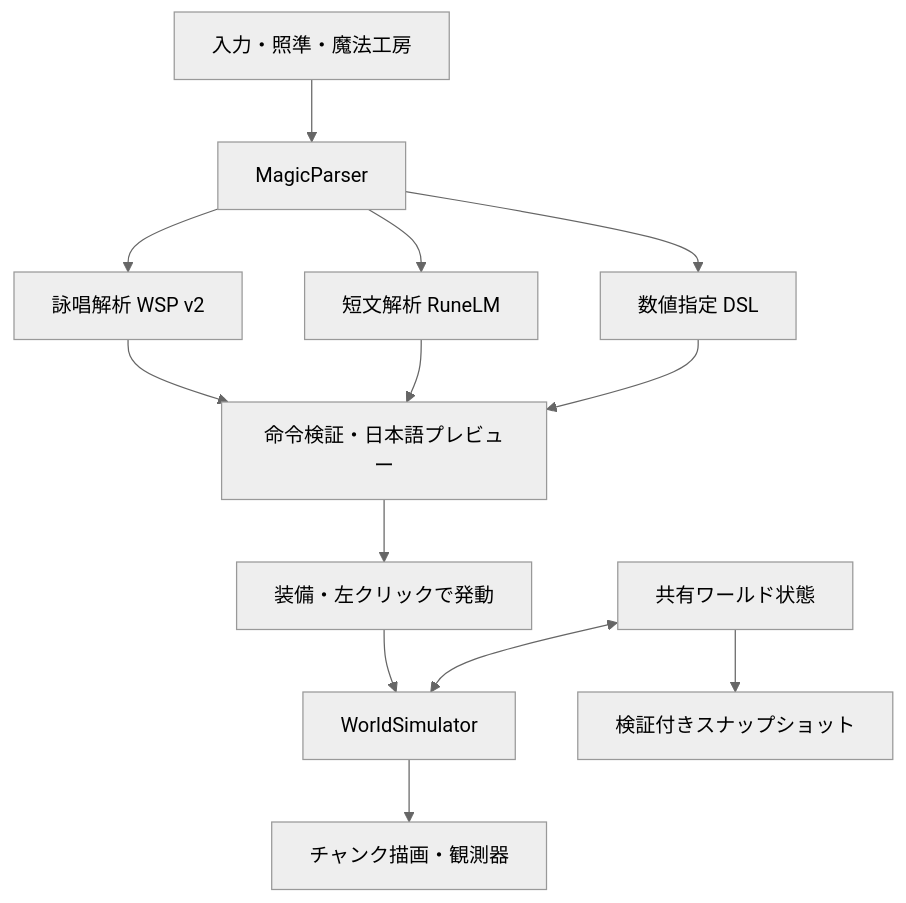
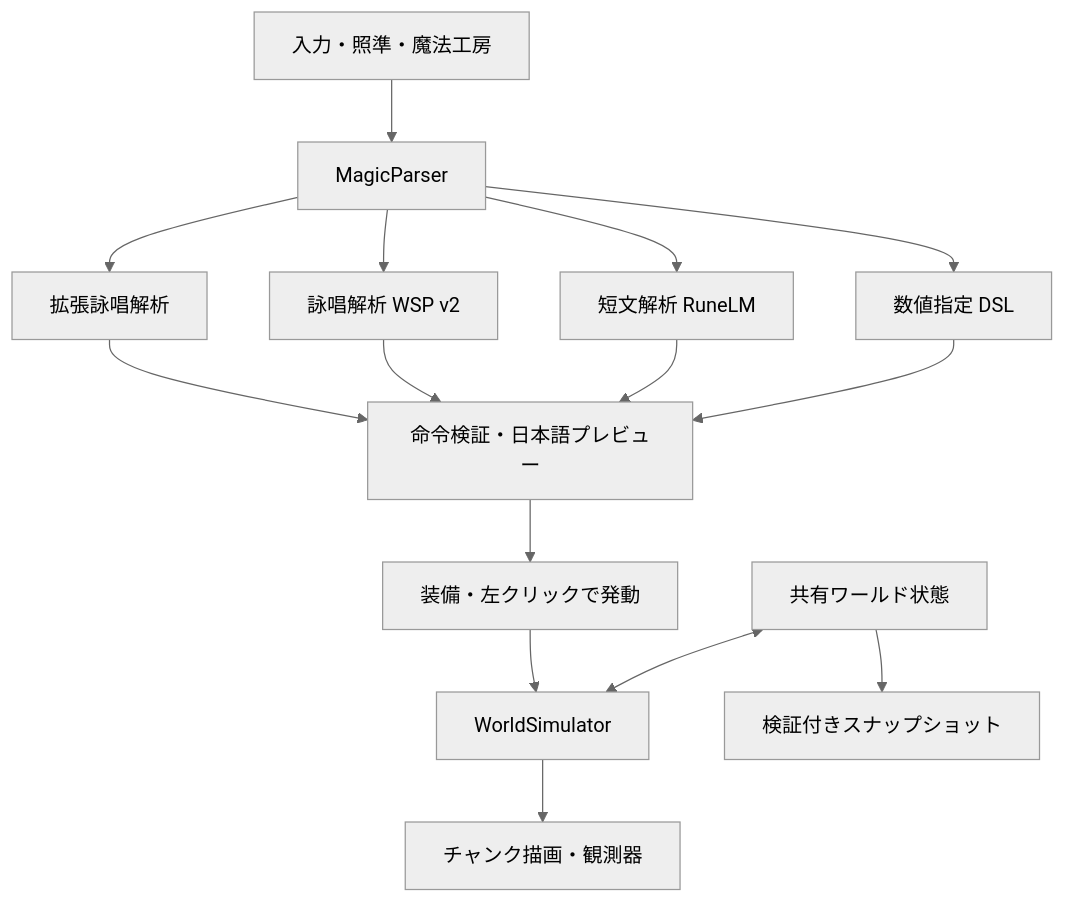
The diagram in UnityProject/Documentation/ARCHITECTURE.md (YashubuStudio/ManaWeave), drawn with Mermaid (neutral theme) before and after one commit. The commit also changed other lines of this file and 28 other files, not shown here.

````diff
--- a/UnityProject/Documentation/ARCHITECTURE.md
+++ b/UnityProject/Documentation/ARCHITECTURE.md
@@ -9,15 +9,17 @@
 ```mermaid
 flowchart TD
   U["入力・照準・魔法工房"] --> P["MagicParser"]
   P --> D["詠唱解析 WSP v2"]
   P --> T["短文解析 RuneLM"]
   P --> G["数値指定 DSL"]
+  P --> X["拡張詠唱解析"]
+  X --> V
   D --> V["命令検証・日本語プレビュー"]
   T --> V
   G --> V
   V --> C["装備・左クリックで発動"]
   C --> S["WorldSimulator"]
   W["共有ワールド状態"] <--> S
   S --> R["チャンク描画・観測器"]
   W --> F["検証付きスナップショット"]
 ```
````
